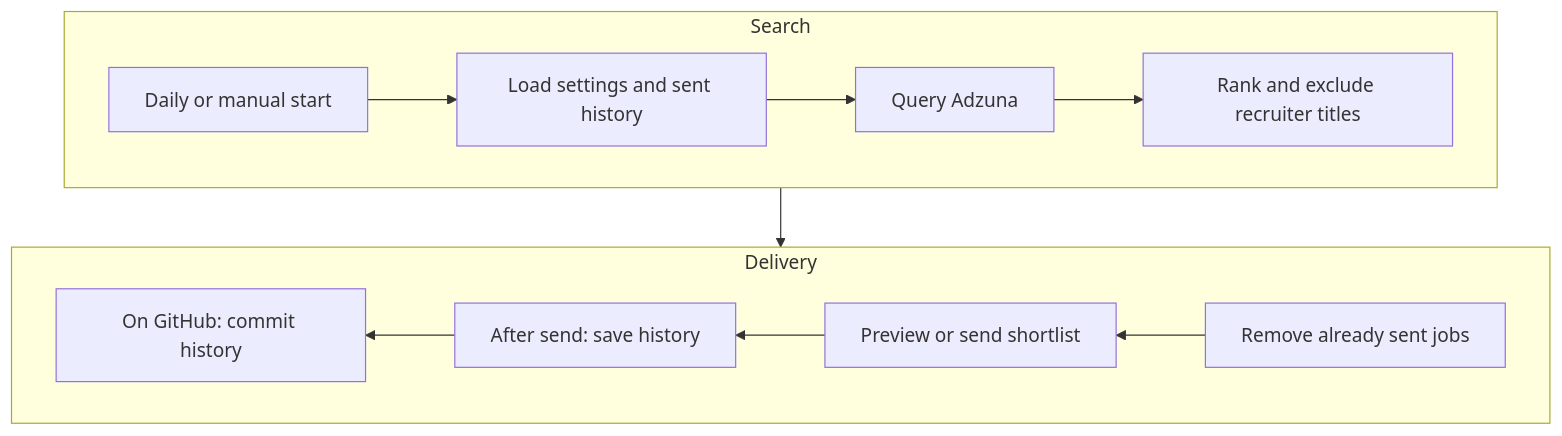
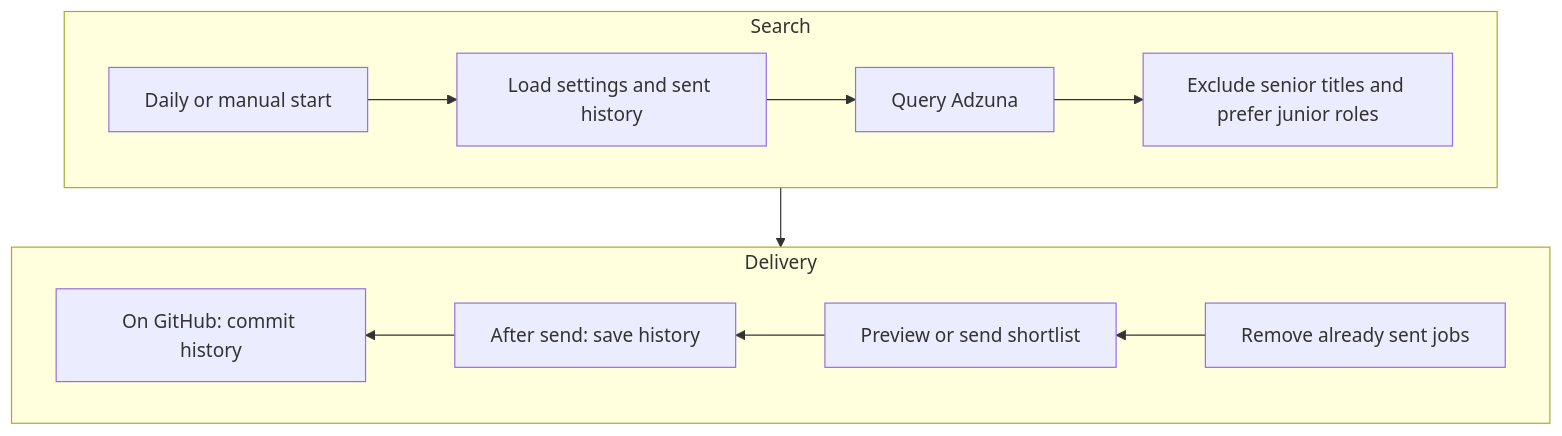
The diagram in README.md (NnamdiOdozi/Adzuna_jobs_bot), drawn with Mermaid before and after one commit. The commit also changed other lines of this file and 8 other files, not shown here.

Commit message:
Prefer graduate finance roles and exclude senior job titles

````diff
--- a/README.md
+++ b/README.md
@@ -14,16 +15,16 @@
 ```mermaid
 flowchart TB
   subgraph first[Search]
     direction LR
     A[Daily or manual start] --> B[Load settings and sent history]
     B --> C[Query Adzuna]
-    C --> D[Rank and exclude recruiter titles]
+    C --> D[Exclude senior titles and prefer junior roles]
   end
   subgraph second[Delivery]
     direction RL
     E[Remove already sent jobs] --> F[Preview or send shortlist]
     F --> G[After send: save history]
     G --> H[On GitHub: commit history]
   end
   D --> E
 ```
````
